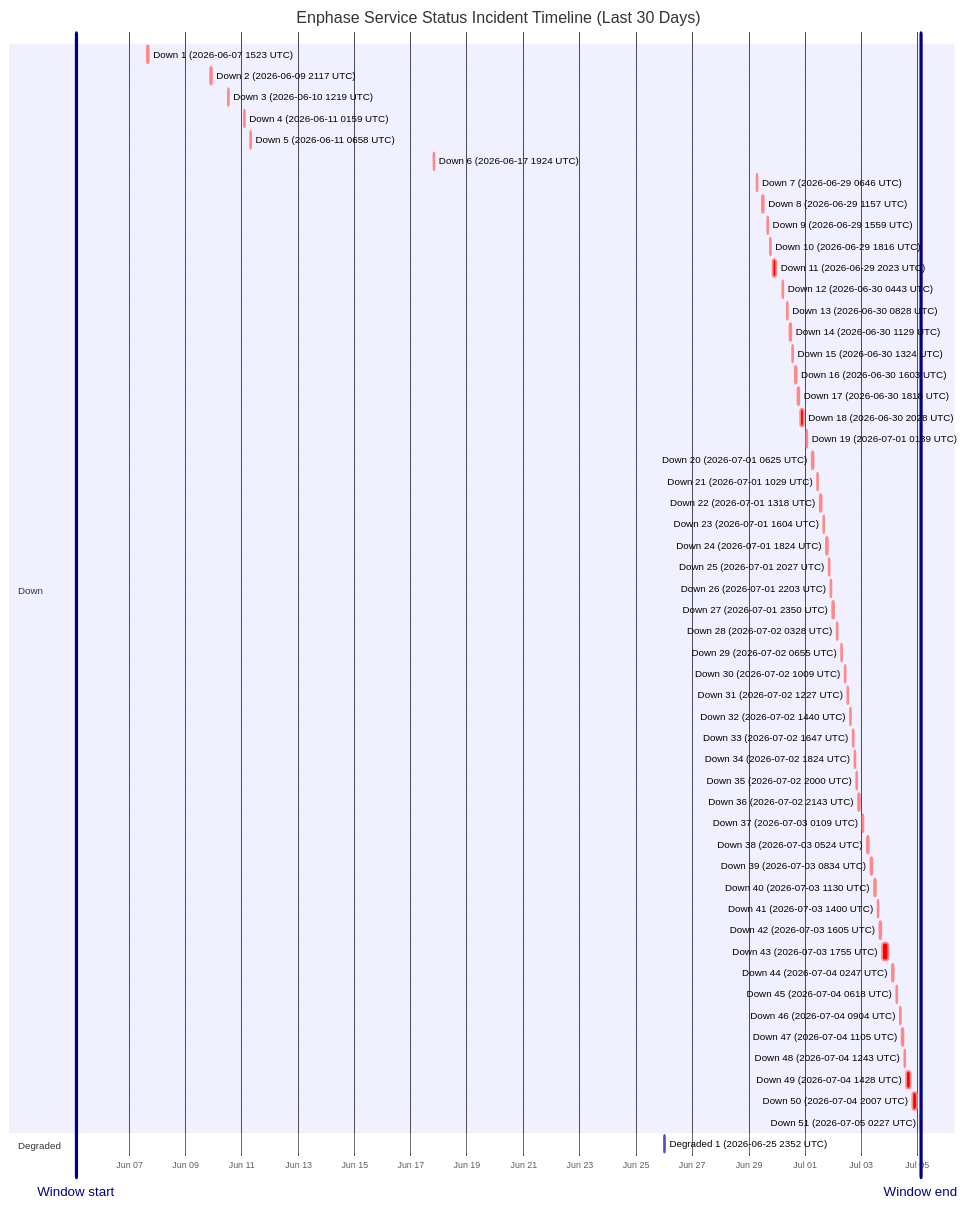
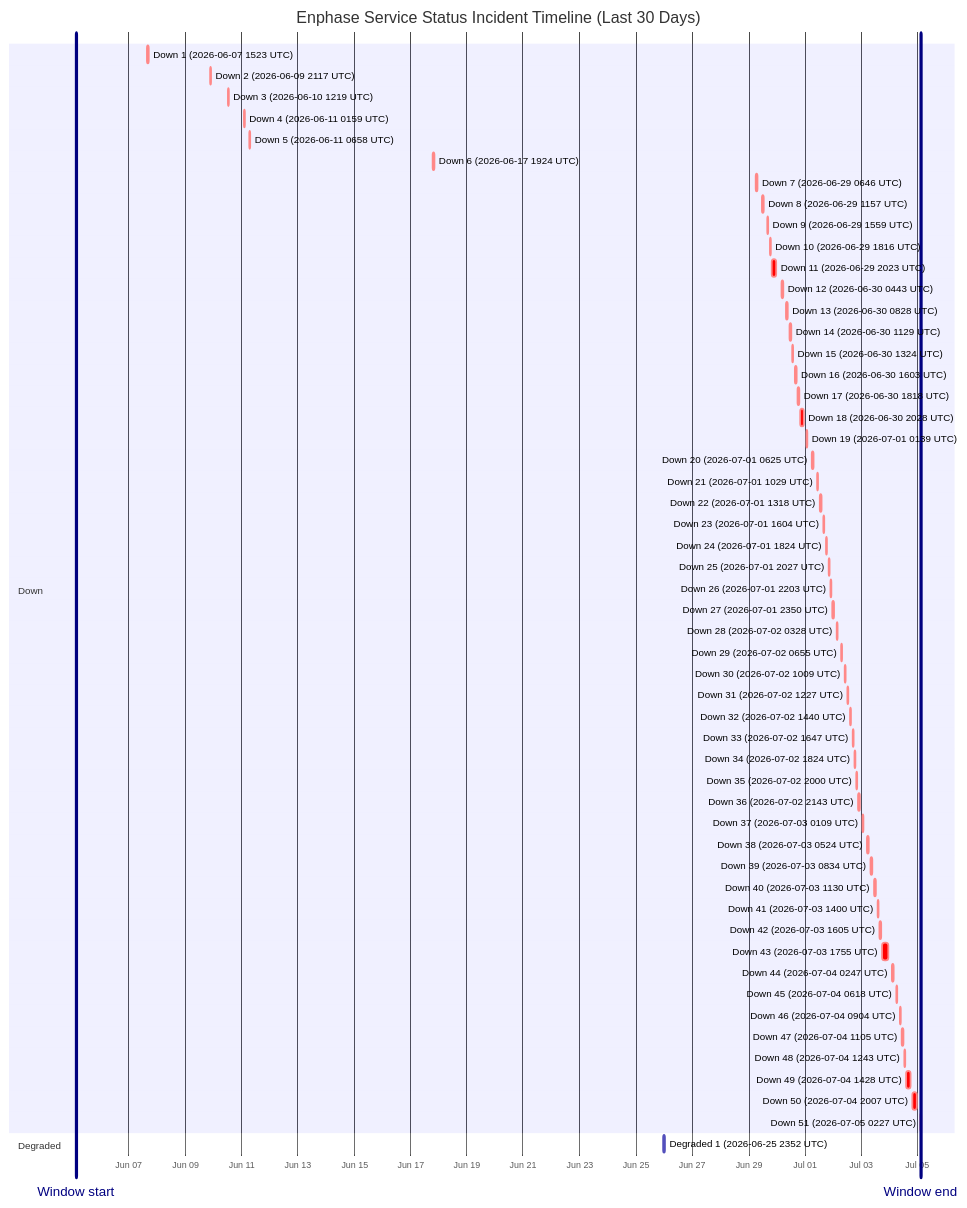
One commit to barneyonline/ha-enphase-energy changed the diagram in wiki/Service-Status-History.md. Above: the diagram before and after it, drawn with Mermaid. The commit also changed other lines of this file and 3 other files, not shown here.

````diff
--- a/wiki/Service-Status-History.md
+++ b/wiki/Service-Status-History.md
@@ -14,62 +14,62 @@
 ```mermaid
 gantt
     title Enphase Service Status Incident Timeline (Last 30 Days)
     dateFormat  YYYY-MM-DDTHH:mm:ss
     axisFormat  %b %d
-    Window start :vert, window-start, 2026-06-05T02:27:32, 0ms
-    Window end :vert, window-end, 2026-07-05T02:27:32, 0ms
+    Window start :vert, window-start, 2026-06-05T02:57:49, 0ms
+    Window end :vert, window-end, 2026-07-05T02:57:49, 0ms
     section Down
     Down 1 (2026-06-07 1523 UTC) :crit, down-1, 2026-06-07T15:23:22, 87m
     Down 2 (2026-06-09 2117 UTC) :crit, down-2, 2026-06-09T21:17:17, 60m
     Down 3 (2026-06-10 1219 UTC) :crit, down-3, 2026-06-10T12:19:21, 60m
     Down 4 (2026-06-11 0159 UTC) :crit, down-4, 2026-06-11T01:59:36, 60m
     Down 5 (2026-06-11 0658 UTC) :crit, down-5, 2026-06-11T06:58:45, 60m
     Down 6 (2026-06-17 1924 UTC) :crit, down-6, 2026-06-17T19:24:51, 60m
     Down 7 (2026-06-29 0646 UTC) :crit, down-7, 2026-06-29T06:46:18, 60m
     Down 8 (2026-06-29 1157 UTC) :crit, down-8, 2026-06-29T11:57:36, 60m
     Down 9 (2026-06-29 1559 UTC) :crit, down-9, 2026-06-29T15:59:02, 60m
     Down 10 (2026-06-29 1816 UTC) :crit, down-10, 2026-06-29T18:16:38, 60m
     Down 11 (2026-06-29 2023 UTC) :crit, down-11, 2026-06-29T20:23:16, 220m
     Down 12 (2026-06-30 0443 UTC) :crit, down-12, 2026-06-30T04:43:54, 60m
     Down 13 (2026-06-30 0828 UTC) :crit, down-13, 2026-06-30T08:28:43, 60m
     Down 14 (2026-06-30 1129 UTC) :crit, down-14, 2026-06-30T11:29:15, 60m
     Down 15 (2026-06-30 1324 UTC) :crit, down-15, 2026-06-30T13:24:25, 60m
     Down 16 (2026-06-30 1603 UTC) :crit, down-16, 2026-06-30T16:03:26, 60m
     Down 17 (2026-06-30 1818 UTC) :crit, down-17, 2026-06-30T18:18:39, 60m
     Down 18 (2026-06-30 2028 UTC) :crit, down-18, 2026-06-30T20:28:54, 171m
     Down 19 (2026-07-01 0139 UTC) :crit, down-19, 2026-07-01T01:39:18, 60m
     Down 20 (2026-07-01 0625 UTC) :crit, down-20, 2026-07-01T06:25:35, 60m
     Down 21 (2026-07-01 1029 UTC) :crit, down-21, 2026-07-01T10:29:24, 60m
     Down 22 (2026-07-01 1318 UTC) :crit, down-22, 2026-07-01T13:18:31, 60m
     Down 23 (2026-07-01 1604 UTC) :crit, down-23, 2026-07-01T16:04:29, 60m
     Down 24 (2026-07-01 1824 UTC) :crit, down-24, 2026-07-01T18:24:21, 60m
     Down 25 (2026-07-01 2027 UTC) :crit, down-25, 2026-07-01T20:27:17, 60m
     Down 26 (2026-07-01 2203 UTC) :crit, down-26, 2026-07-01T22:03:46, 60m
     Down 27 (2026-07-01 2350 UTC) :crit, down-27, 2026-07-01T23:50:52, 60m
     Down 28 (2026-07-02 0328 UTC) :crit, down-28, 2026-07-02T03:28:33, 60m
     Down 29 (2026-07-02 0655 UTC) :crit, down-29, 2026-07-02T06:55:07, 60m
     Down 30 (2026-07-02 1009 UTC) :crit, down-30, 2026-07-02T10:09:15, 60m
     Down 31 (2026-07-02 1227 UTC) :crit, down-31, 2026-07-02T12:27:49, 60m
     Down 32 (2026-07-02 1440 UTC) :crit, down-32, 2026-07-02T14:40:53, 60m
     Down 33 (2026-07-02 1647 UTC) :crit, down-33, 2026-07-02T16:47:47, 60m
     Down 34 (2026-07-02 1824 UTC) :crit, down-34, 2026-07-02T18:24:26, 60m
     Down 35 (2026-07-02 2000 UTC) :crit, down-35, 2026-07-02T20:00:57, 60m
     Down 36 (2026-07-02 2143 UTC) :crit, down-36, 2026-07-02T21:43:52, 80m
     Down 37 (2026-07-03 0109 UTC) :crit, down-37, 2026-07-03T01:09:19, 60m
     Down 38 (2026-07-03 0524 UTC) :crit, down-38, 2026-07-03T05:24:23, 60m
     Down 39 (2026-07-03 0834 UTC) :crit, down-39, 2026-07-03T08:34:05, 60m
     Down 40 (2026-07-03 1130 UTC) :crit, down-40, 2026-07-03T11:30:41, 60m
     Down 41 (2026-07-03 1400 UTC) :crit, down-41, 2026-07-03T14:00:48, 60m
     Down 42 (2026-07-03 1605 UTC) :crit, down-42, 2026-07-03T16:05:49, 60m
     Down 43 (2026-07-03 1755 UTC) :crit, down-43, 2026-07-03T17:55:54, 338m
     Down 44 (2026-07-04 0247 UTC) :crit, down-44, 2026-07-04T02:47:22, 60m
     Down 45 (2026-07-04 0618 UTC) :crit, down-45, 2026-07-04T06:18:09, 60m
     Down 46 (2026-07-04 0904 UTC) :crit, down-46, 2026-07-04T09:04:41, 60m
     Down 47 (2026-07-04 1105 UTC) :crit, down-47, 2026-07-04T11:05:21, 60m
     Down 48 (2026-07-04 1243 UTC) :crit, down-48, 2026-07-04T12:43:25, 60m
     Down 49 (2026-07-04 1428 UTC) :crit, down-49, 2026-07-04T14:28:07, 243m
     Down 50 (2026-07-04 2007 UTC) :crit, down-50, 2026-07-04T20:07:50, 206m
     Down 51 (2026-07-05 0227 UTC) :crit, down-51, 2026-07-05T02:27:32, 60m
     section Degraded
     Degraded 1 (2026-06-25 2352 UTC) :active, degraded-1, 2026-06-25T23:52:01, 60m
 ```
````
